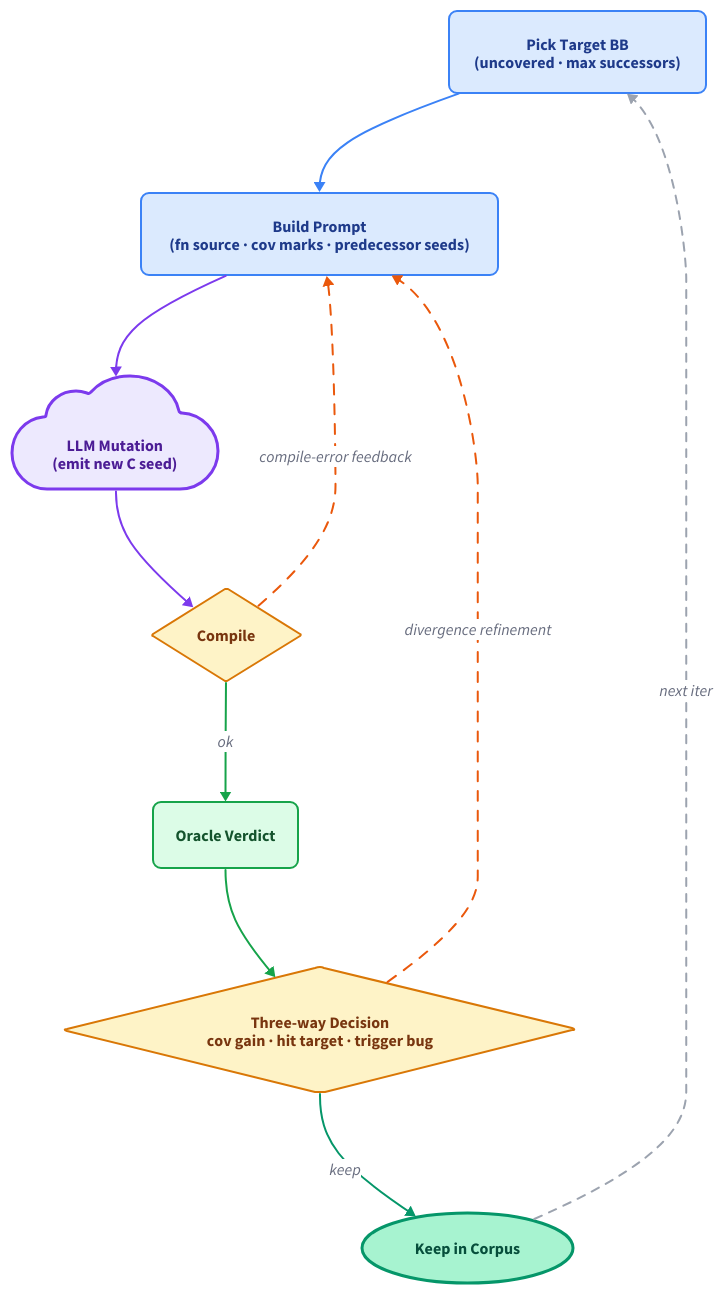
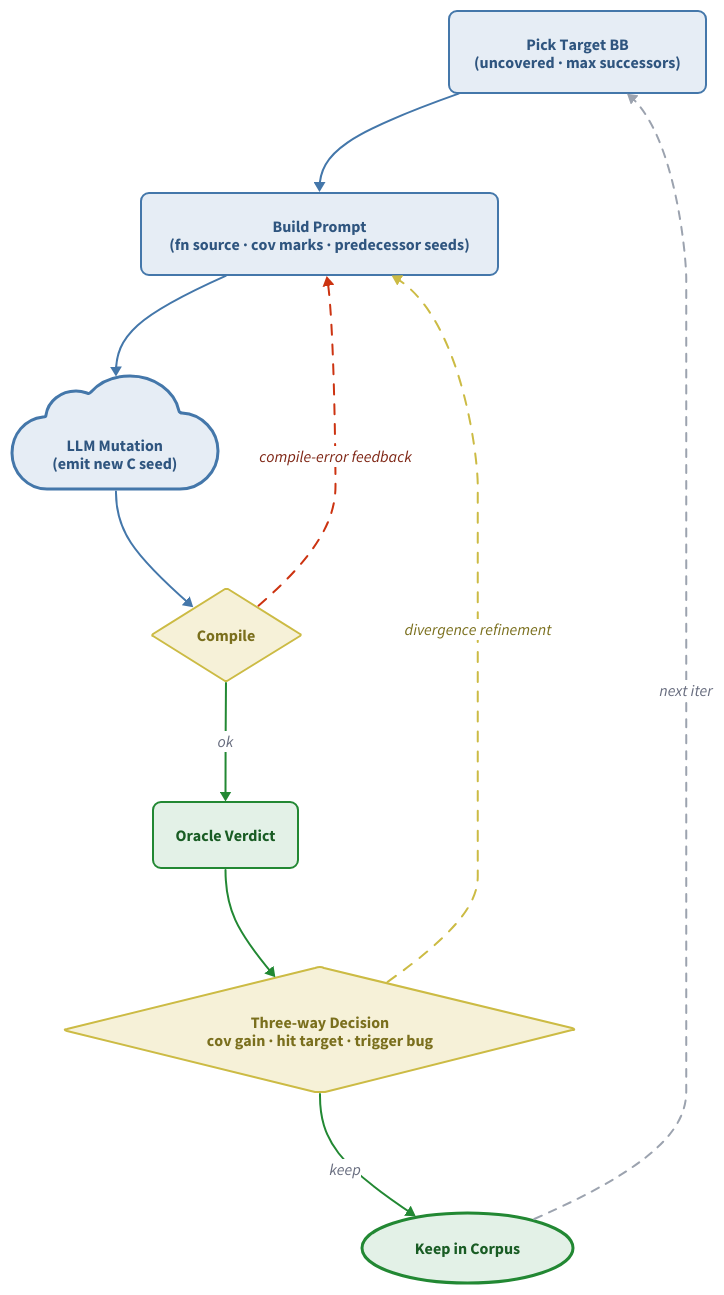
Before and after one commit to zjy-dev/de-fuzz: the diagram in docs/开题报告/assets/ch4-route/main-loop.en.d2, drawn with D2. The commit also changed 42 other files, not shown here.

First line of the commit message:
docs: unify proposal figure palette

```diff
--- a/docs/开题报告/assets/ch4-route/main-loop.en.d2
+++ b/docs/开题报告/assets/ch4-route/main-loop.en.d2
@@ -1,68 +1,68 @@
 # Figure 6 — LLM constraint-solving main loop (English)
 # render: d2 --layout=dagre --pad=24 main-loop.en.d2 main-loop.en.svg
 
 direction: down
 
 pick: "Pick Target BB\n(uncovered · max successors)" {
   style: {
-    fill: "#DBEAFE"; stroke: "#3B82F6"; stroke-width: 2
-    font-color: "#1E3A8A"; border-radius: 8
+    fill: "#E6EDF5"; stroke: "#4477AA"; stroke-width: 2
+    font-color: "#2F557F"; border-radius: 8
   }
 }
 
 build: "Build Prompt\n(fn source · cov marks · predecessor seeds)" {
   style: {
-    fill: "#DBEAFE"; stroke: "#3B82F6"; stroke-width: 2
-    font-color: "#1E3A8A"; border-radius: 8
+    fill: "#E6EDF5"; stroke: "#4477AA"; stroke-width: 2
+    font-color: "#2F557F"; border-radius: 8
   }
 }
 
 llm: "LLM Mutation\n(emit new C seed)" {
   shape: cloud
   style: {
-    fill: "#EDE9FE"; stroke: "#7C3AED"; stroke-width: 3
-    font-color: "#4C1D95"; bold: true
+    fill: "#E6EDF5"; stroke: "#4477AA"; stroke-width: 3
+    font-color: "#2F557F"; bold: true
   }
 }
 
 compile: "Compile" {
   shape: diamond
   style: {
-    fill: "#FEF3C7"; stroke: "#D97706"; stroke-width: 2
-    font-color: "#78350F"
+    fill: "#F6F1D8"; stroke: "#CCBB44"; stroke-width: 2
+    font-color: "#7A6F1D"
   }
 }
 
 oracle: "Oracle Verdict" {
   style: {
-    fill: "#DCFCE7"; stroke: "#16A34A"; stroke-width: 2
-    font-color: "#14532D"; border-radius: 8
+    fill: "#E3F1E7"; stroke: "#228833"; stroke-width: 2
+    font-color: "#195C24"; border-radius: 8
   }
 }
 
 decision: "Three-way Decision\ncov gain · hit target · trigger bug" {
   shape: diamond
   style: {
-    fill: "#FEF3C7"; stroke: "#D97706"; stroke-width: 2
-    font-color: "#78350F"
+    fill: "#F6F1D8"; stroke: "#CCBB44"; stroke-width: 2
+    font-color: "#7A6F1D"
   }
 }
 
 keep: "Keep in Corpus" {
   shape: oval
   style: {
-    fill: "#A7F3D0"; stroke: "#059669"; stroke-width: 3
-    font-color: "#064E3B"; bold: true
+    fill: "#E3F1E7"; stroke: "#228833"; stroke-width: 3
+    font-color: "#195C24"; bold: true
   }
 }
 
-pick -> build: { style: { stroke: "#3B82F6"; stroke-width: 2 } }
-build -> llm:   { style: { stroke: "#7C3AED"; stroke-width: 2 } }
-llm -> compile: { style: { stroke: "#7C3AED"; stroke-width: 2 } }
-compile -> oracle:    "ok" { style: { stroke: "#16A34A"; stroke-width: 2 } }
-oracle -> decision:   { style: { stroke: "#16A34A"; stroke-width: 2 } }
-decision -> keep:     "keep" { style: { stroke: "#059669"; stroke-width: 2 } }
+pick -> build: { style: { stroke: "#4477AA"; stroke-width: 2 } }
+build -> llm:   { style: { stroke: "#4477AA"; stroke-width: 2 } }
+llm -> compile: { style: { stroke: "#4477AA"; stroke-width: 2 } }
+compile -> oracle:    "ok" { style: { stroke: "#228833"; stroke-width: 2 } }
+oracle -> decision:   { style: { stroke: "#228833"; stroke-width: 2 } }
+decision -> keep:     "keep" { style: { stroke: "#228833"; stroke-width: 2 } }
 keep -> pick:         "next iter" { style: { stroke: "#9CA3AF"; stroke-width: 2; stroke-dash: 4 } }
 
-compile -> build:  "compile-error feedback"  { style: { stroke: "#EA580C"; stroke-width: 2; stroke-dash: 5 } }
-decision -> build: "divergence refinement"   { style: { stroke: "#EA580C"; stroke-width: 2; stroke-dash: 5 } }
+compile -> build:  "compile-error feedback"  { style: { stroke: "#CC3311"; stroke-width: 2; stroke-dash: 5; font-color: "#7F2615" } }
+decision -> build: "divergence refinement"   { style: { stroke: "#CCBB44"; stroke-width: 2; stroke-dash: 5; font-color: "#7A6F1D" } }
```
